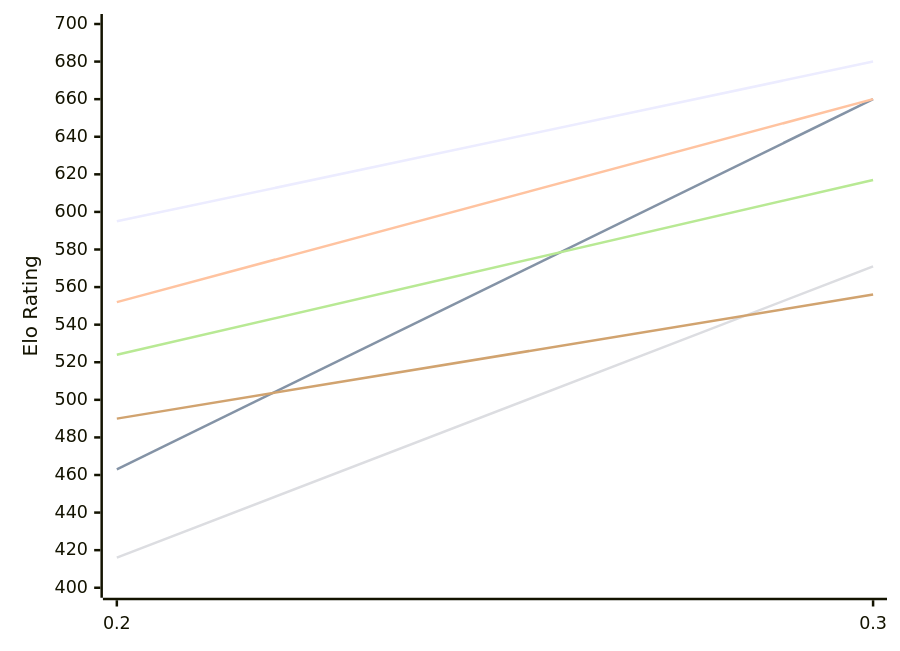
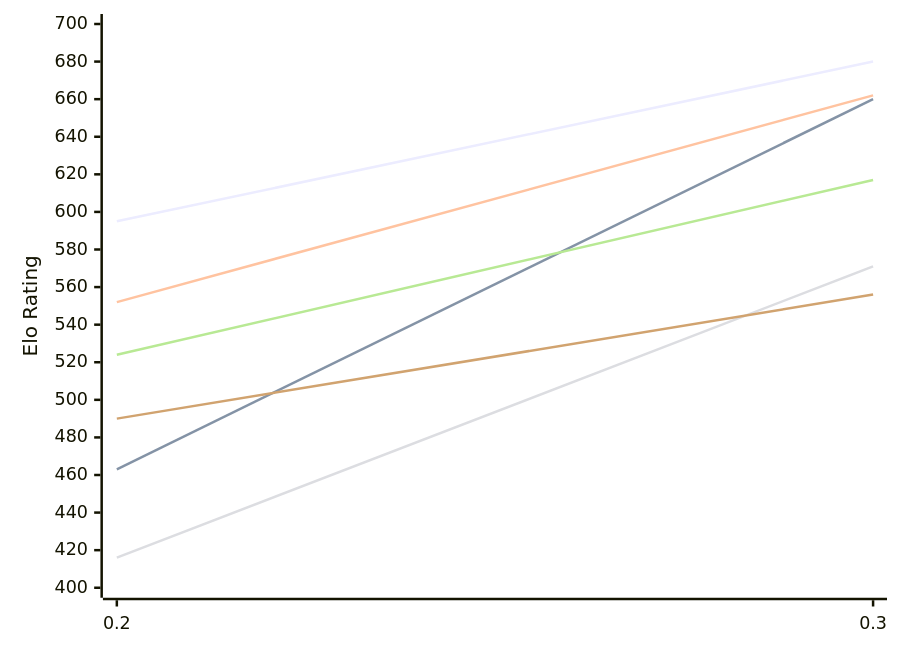
Before and after one commit to computer-chess-index/cci: the first of 2 diagrams in engines/Magpie.md, drawn with Mermaid. The commit also changed other lines of this file, not shown here.

Commit message:
Update CCI Ratings (ELO VLTC) - 2026-11-26

````diff
--- a/engines/Magpie.md
+++ b/engines/Magpie.md
@@ -50,12 +50,12 @@
 ```mermaid
 %%{init: {"theme":"base","themeVariables":{"seriesColors:['#a3a3a3','#222221','#faa371']}}}%%
 xychart-beta
   x-axis ["0.2", "0.3"]
   y-axis "Elo Rating" 400 --> 700
   line "E1: STC (8.0+0.08s)" [595, 680]
   line "E1: LTC (60.0+0.60s)" [463, 660]
-  line "E1: VLTC (2m24s+1.12s)" [552, 660]
+  line "E1: VLTC (2m24s+1.12s)" [552, 662]
   line "P1: STC (8.0+0.08s)" [416, 571]
   line "P1: LTC (60.0+0.60s)" [524, 617]
   line "P1: VLTC (2m24s+1.12s)" [490, 556]
 ```
````
